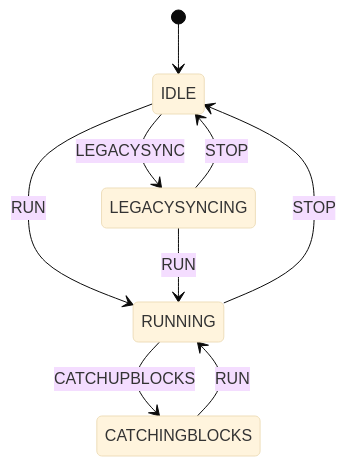
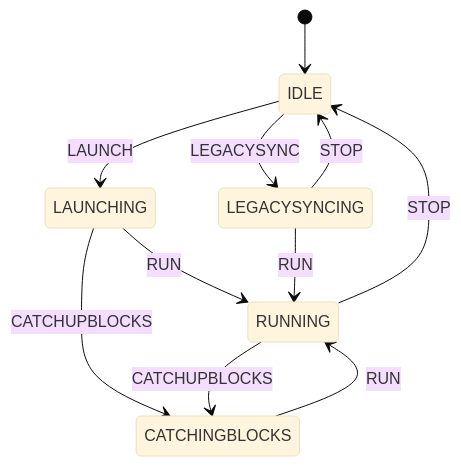
Before and after one commit to freemans13/teranode: the diagram in docs/state-machine.diagram.md, drawn with Mermaid (base theme). The commit also changed other lines of this file and 13 other files, not shown here.

````diff
--- a/docs/state-machine.diagram.md
+++ b/docs/state-machine.diagram.md
@@ -7,11 +7,13 @@
 ```mermaid
 stateDiagram-v2
     [*] --> IDLE
+    IDLE --> LAUNCHING: LAUNCH
+    IDLE --> LEGACYSYNCING: LEGACYSYNC
+    LAUNCHING --> RUNNING: RUN
+    LAUNCHING --> CATCHINGBLOCKS: CATCHUPBLOCKS
     CATCHINGBLOCKS --> RUNNING: RUN
-    IDLE --> LEGACYSYNCING: LEGACYSYNC
-    IDLE --> RUNNING: RUN
     LEGACYSYNCING --> RUNNING: RUN
     LEGACYSYNCING --> IDLE: STOP
     RUNNING --> CATCHINGBLOCKS: CATCHUPBLOCKS
     RUNNING --> IDLE: STOP
 ```
````
